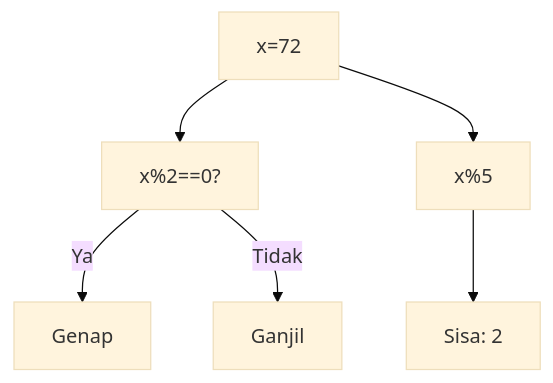
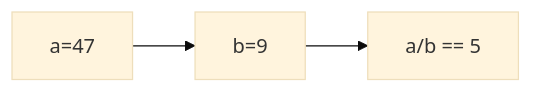
One commit to amnahwaida/OSNK_INF_PREP changed diagram 17 of 25 in part-c-pemahaman-cpp/01-tipe-data/latihan/set-05.md. Above: the diagram before and after it, drawn with Mermaid (base theme). The commit also changed other lines of this file and 71 other files, not shown here.

````diff
--- a/part-c-pemahaman-cpp/01-tipe-data/latihan/set-05.md
+++ b/part-c-pemahaman-cpp/01-tipe-data/latihan/set-05.md
@@ -463,8 +457,5 @@
 ```mermaid
-graph TD
-A["x=72"] --> B["x%2==0?"]
-B -- Ya --> C["Genap"]
-B -- Tidak --> D["Ganjil"]
-A --> E["x%5"]
-E --> F["Sisa: 2"]
+graph LR
+A["a=47"] --> B["b=9"]
+B --> C["a/b == 5"]
 ```
````
